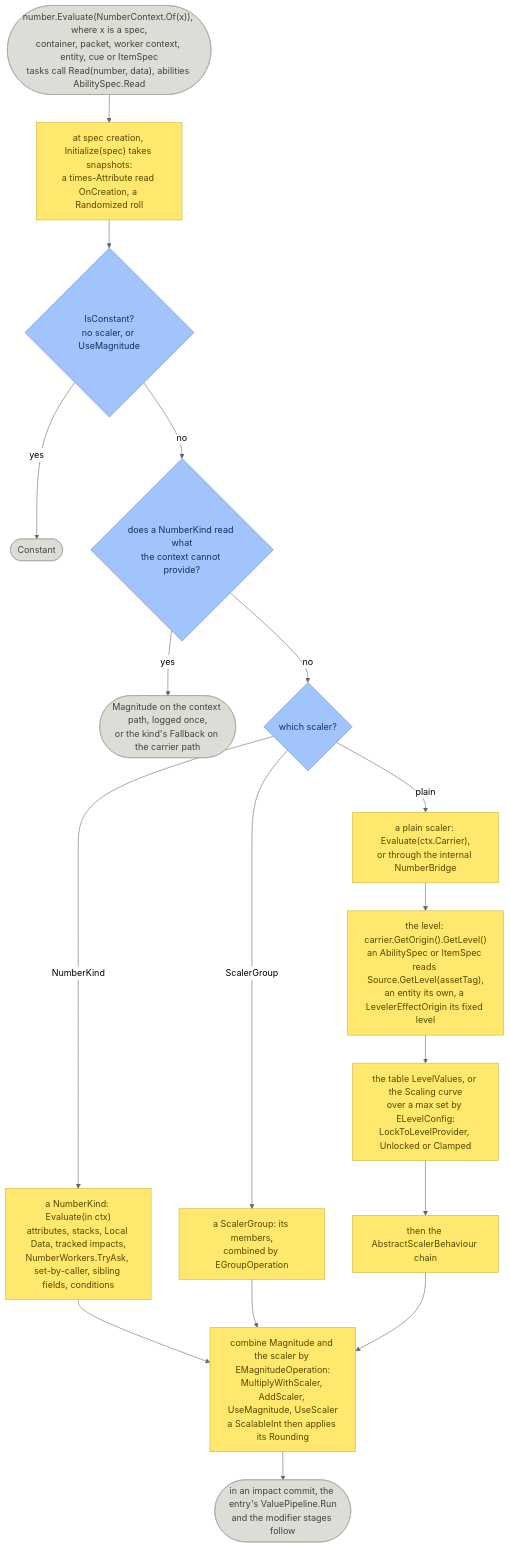
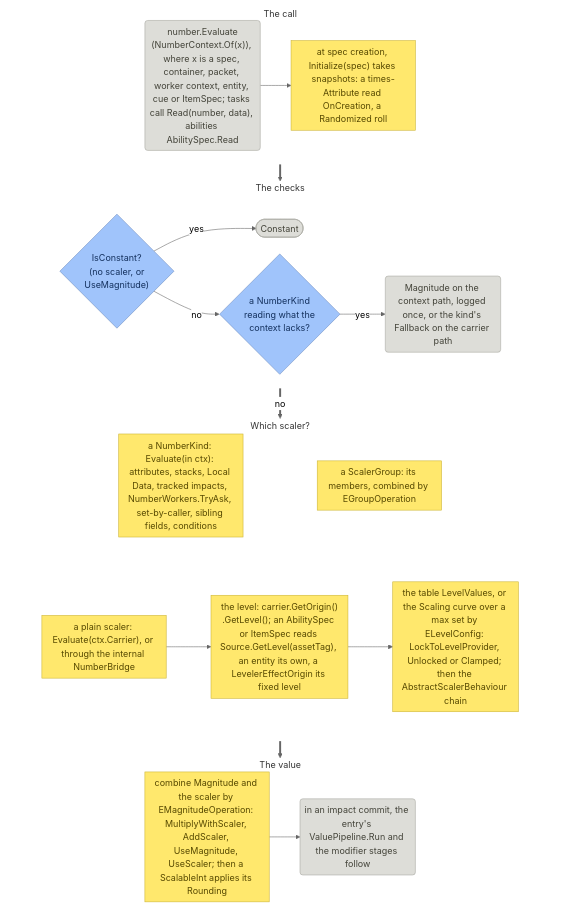
Before and after one commit to gabedvdsn/PlayForge: the diagram in docfx/diagrams/6.4-reading-a-number.mmd, drawn with Mermaid (neutral theme). The commit also changed 4 other files, not shown here.

First line of the commit message:
EP-82: the docs' flowcharts drawn in rows, not one long column

```diff
--- a/docfx/diagrams/6.4-reading-a-number.mmd
+++ b/docfx/diagrams/6.4-reading-a-number.mmd
@@ -1,32 +1,56 @@
-flowchart TD
+---
+config:
+  flowchart:
+    wrappingWidth: 190
+    padding: 8
+    nodeSpacing: 30
+    rankSpacing: 30
+---
+flowchart TB
 classDef general fill:#FFE86D,stroke:#CBB333,color:#574900
 classDef decision fill:#A0C4FB,stroke:#6A8BBF,color:#14315E
 classDef terminator fill:#DDDDD8,stroke:#A8A8A0,color:#434339
-s(["number.Evaluate(NumberContext.Of(x)), where x is a spec,<br/>container, packet, worker context, entity, cue or ItemSpec<br/>tasks call Read(number, data), abilities AbilitySpec.Read"]):::terminator
-i["at spec creation, Initialize(spec) takes snapshots:<br/>a times-Attribute read OnCreation, a Randomized roll"]:::general
-c{"IsConstant?<br/>no scaler, or UseMagnitude"}:::decision
+subgraph r1 ["The call"]
+direction LR
+s("number.Evaluate<br/>(NumberContext.Of(x)), where x is a spec, container, packet, worker context, entity, cue or ItemSpec; tasks call Read(number, data), abilities AbilitySpec.Read"):::terminator
+i["at spec creation, Initialize(spec) takes snapshots: a times-Attribute read OnCreation, a Randomized roll"]:::general
+s --> i
+end
+subgraph r2 ["The checks"]
+direction LR
+c{"IsConstant?<br/>(no scaler, or<br/>UseMagnitude)"}:::decision
 k(["Constant"]):::terminator
-r{"does a NumberKind read what<br/>the context cannot provide?"}:::decision
-fb(["Magnitude on the context path, logged once,<br/>or the kind's Fallback on the carrier path"]):::terminator
-sc{"which scaler?"}:::decision
-nk["a NumberKind: Evaluate(in ctx)<br/>attributes, stacks, Local Data, tracked impacts,<br/>NumberWorkers.TryAsk, set-by-caller, sibling fields, conditions"]:::general
-grp["a ScalerGroup: its members,<br/>combined by EGroupOperation"]:::general
-pl["a plain scaler: Evaluate(ctx.Carrier),<br/>or through the internal NumberBridge"]:::general
-lv["the level: carrier.GetOrigin().GetLevel()<br/>an AbilitySpec or ItemSpec reads Source.GetLevel(assetTag),<br/>an entity its own, a LevelerEffectOrigin its fixed level"]:::general
-tb["the table LevelValues, or the Scaling curve<br/>over a max set by ELevelConfig:<br/>LockToLevelProvider, Unlocked or Clamped"]:::general
-bh["then the AbstractScalerBehaviour chain"]:::general
-cm["combine Magnitude and the scaler by EMagnitudeOperation:<br/>MultiplyWithScaler, AddScaler, UseMagnitude, UseScaler<br/>a ScalableInt then applies its Rounding"]:::general
-ip(["in an impact commit, the entry's ValuePipeline.Run<br/>and the modifier stages follow"]):::terminator
-s --> i --> c
+r{"a NumberKind<br/>reading what the<br/>context lacks?"}:::decision
+fb("Magnitude on the context path, logged once, or the kind's Fallback on the carrier path"):::terminator
 c -->|yes| k
 c -->|no| r
 r -->|yes| fb
-r -->|no| sc
-sc -->|NumberKind| nk
-sc -->|ScalerGroup| grp
-sc -->|plain| pl
-pl --> lv --> tb --> bh
-nk --> cm
-grp --> cm
-bh --> cm
+end
+subgraph r3 ["Which scaler?"]
+direction TB
+nk["a NumberKind: Evaluate(in ctx): attributes, stacks, Local Data, tracked impacts, NumberWorkers.TryAsk, set-by-caller, sibling fields, conditions"]:::general
+grp["a ScalerGroup: its members, combined by EGroupOperation"]:::general
+subgraph r3p [" "]
+direction LR
+pl["a plain scaler: Evaluate(ctx.Carrier), or through the internal NumberBridge"]:::general
+lv["the level: carrier.GetOrigin()<br/>.GetLevel(); an AbilitySpec or ItemSpec reads Source.GetLevel(assetTag), an entity its own, a LevelerEffectOrigin its fixed level"]:::general
+tb["the table LevelValues, or the Scaling curve over a max set by ELevelConfig: LockToLevelProvider, Unlocked or Clamped; then the AbstractScalerBehaviour chain"]:::general
+pl --> lv --> tb
+end
+nk ~~~ r3p
+grp ~~~ r3p
+end
+subgraph r4 ["The value"]
+direction LR
+cm["combine Magnitude and the scaler by EMagnitudeOperation: MultiplyWithScaler, AddScaler, UseMagnitude, UseScaler; then a ScalableInt applies its Rounding"]:::general
+ip("in an impact commit, the entry's ValuePipeline.Run and the modifier stages follow"):::terminator
 cm --> ip
+end
+r1 ==> r2
+r2 ==>|no| r3
+r3 ==> r4
+style r1 fill:none,stroke:none
+style r2 fill:none,stroke:none
+style r3 fill:none,stroke:none
+style r3p fill:none,stroke:none
+style r4 fill:none,stroke:none
```
